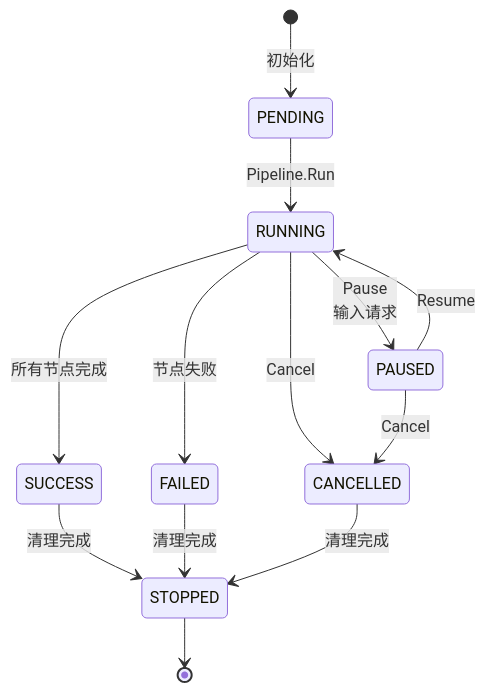
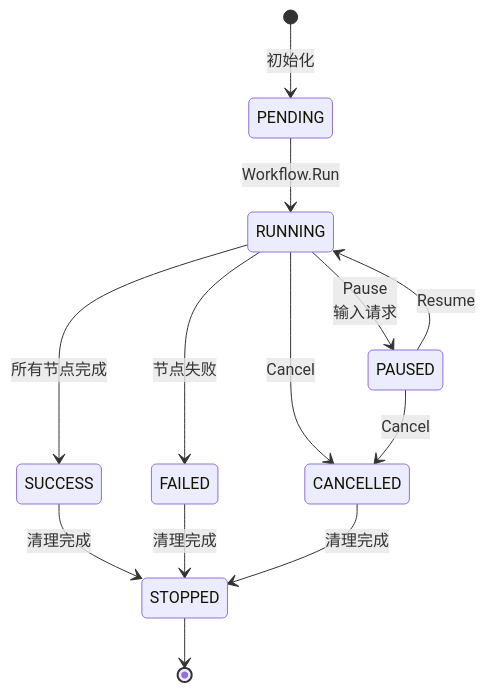
The fourth of 10 diagrams in core/FLOWS.md (LerkoX/flowx), drawn with Mermaid before and after one commit. The commit also changed other lines of this file and 99 other files, not shown here.

First line of the commit message:
refactor: Pipeline 统一更名为 Workflow

````diff
--- a/core/FLOWS.md
+++ b/core/FLOWS.md
@@ -104,22 +104,22 @@
 ```mermaid
 stateDiagram-v2
     [*] --> PENDING: 初始化
 
-    PENDING --> RUNNING: Pipeline.Run
+    PENDING --> RUNNING: Workflow.Run
 
     RUNNING --> PAUSED: Pause<br/>输入请求
 
     PAUSED --> RUNNING: Resume
 
     RUNNING --> SUCCESS: 所有节点完成
     RUNNING --> FAILED: 节点失败
     RUNNING --> CANCELLED: Cancel
 
     PAUSED --> CANCELLED: Cancel
 
     SUCCESS --> STOPPED: 清理完成
     FAILED --> STOPPED: 清理完成
     CANCELLED --> STOPPED: 清理完成
 
     STOPPED --> [*]
 ```
````
